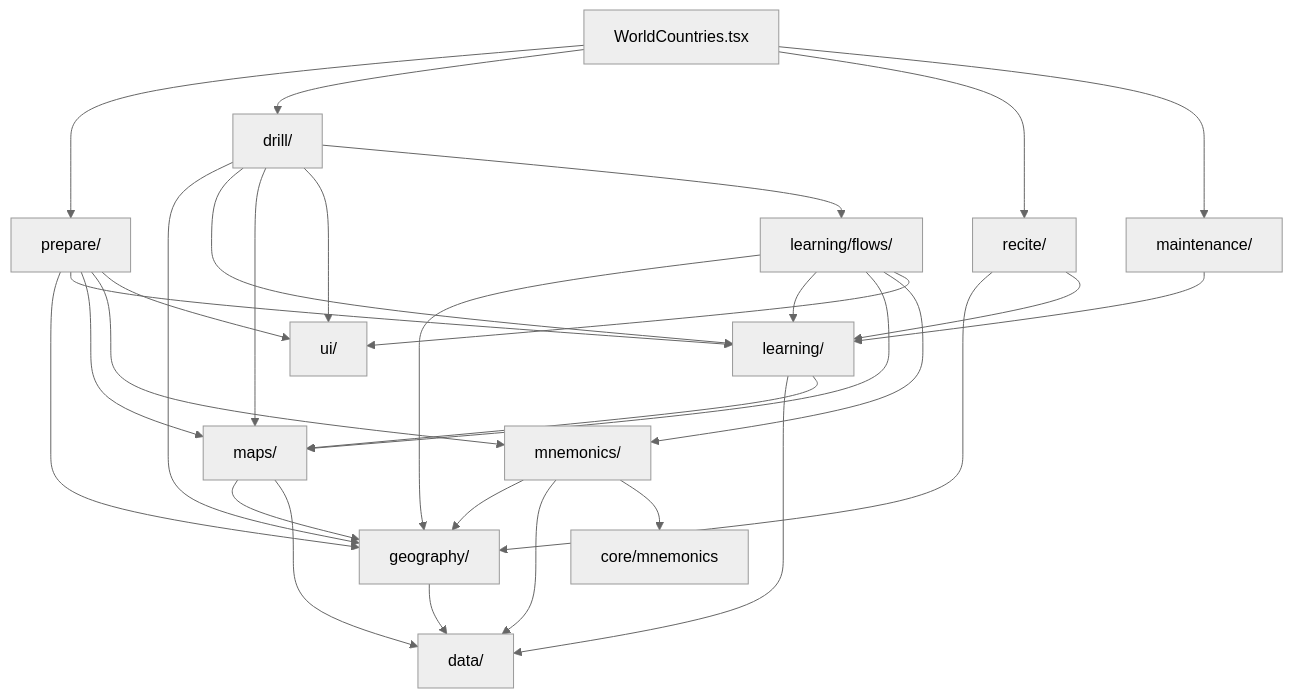
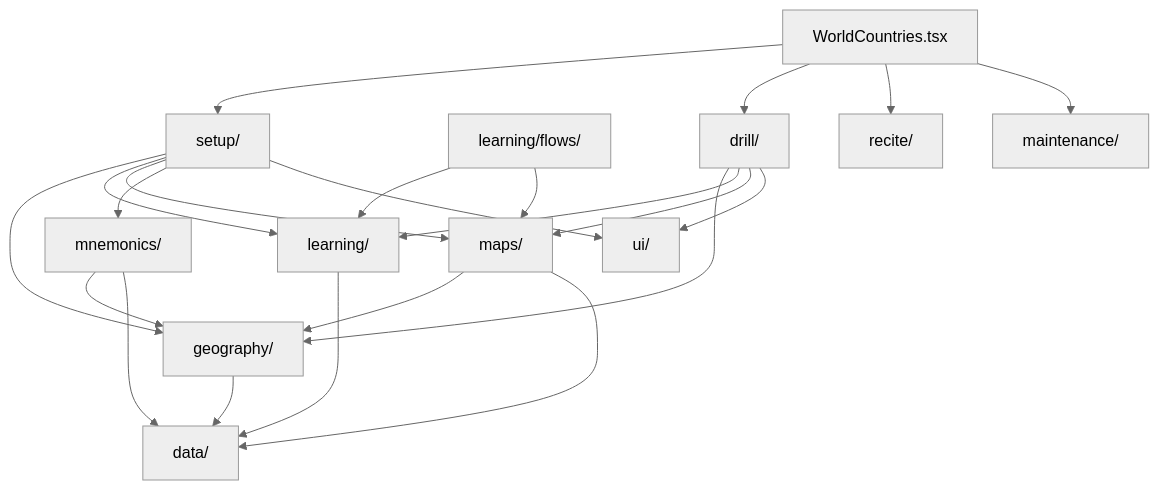
One commit to JolleNo10/major-system-app changed the diagram in docs/architecture/features/WORLD_COUNTRIES.md. Above: the diagram before and after it, drawn with Mermaid (neutral theme). The commit also changed other lines of this file and 67 other files, not shown here.

````diff
--- a/docs/architecture/features/WORLD_COUNTRIES.md
+++ b/docs/architecture/features/WORLD_COUNTRIES.md
@@ -149,34 +129,24 @@
 ```mermaid
 flowchart TD
-    Geography["geography/"] --> Data["data/"]
-    Learning["learning/"] --> Data
-    Learning --> Maps
-    Maps["maps/"] --> Geography
-    Maps --> Data
-    Mnemonics["mnemonics/"] --> Geography
-    Mnemonics --> Data
-    Mnemonics --> CoreMnemonic["core/mnemonics"]
-    Prepare["prepare/"] --> Geography
-    Prepare --> Learning
-    Prepare --> Maps
-    Prepare --> Mnemonics
-    Prepare --> UI
-    Flows["learning/flows/"] --> Geography
-    Flows --> Learning
-    Flows --> Maps
-    Flows --> Mnemonics
-    Flows --> UI
-    Drill["drill/"] --> Geography
-    Drill --> Learning
-    Drill --> Maps
-    Drill --> UI
-    Recite["recite/"] --> Geography
-    Recite --> Learning
-    Maintenance["maintenance/"] --> Learning
-    Drill --> Flows
-    UI["ui/"]
-    Shell["WorldCountries.tsx"] --> Prepare
-    Shell --> Drill
-    Shell --> Recite
-    Shell --> Maintenance
+  Geography["geography/"] --> Data["data/"]
+  Learning["learning/"] --> Data
+  Maps["maps/"] --> Geography
+  Maps --> Data
+  Mnemonics["mnemonics/"] --> Geography
+  Mnemonics --> Data
+  Setup["setup/"] --> Geography
+  Setup --> Learning
+  Setup --> Maps
+  Setup --> Mnemonics
+  Setup --> UI["ui/"]
+  LearningFlows["learning/flows/"] --> Learning
+  LearningFlows --> Maps
+  Drill["drill/"] --> Geography
+  Drill --> Learning
+  Drill --> Maps
+  Drill --> UI
+  Shell["WorldCountries.tsx"] --> Setup
+  Shell --> Drill
+  Shell --> Recite["recite/"]
+  Shell --> Maintenance["maintenance/"]
 ```
````
